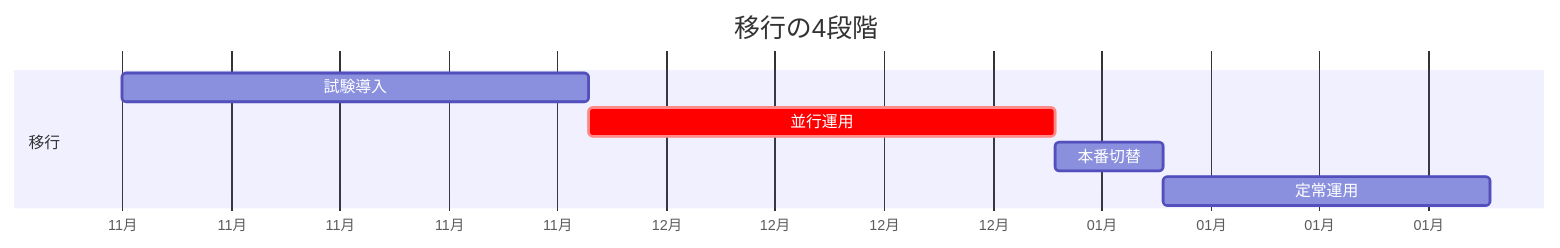
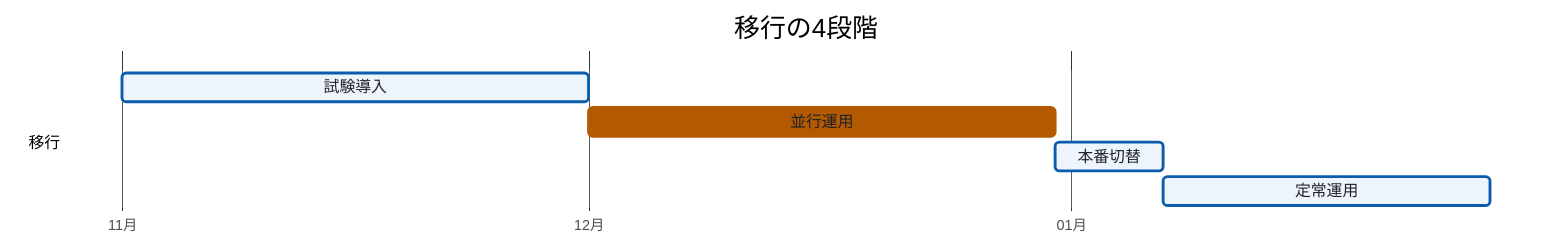
Before and after one commit to spin-glass/tool-slides: the fourth of 4 diagrams in decks/2026-10-01-invoice-ocr-confirm/design/operations.md, drawn with Mermaid. The commit also changed other lines of this file and 8 other files, not shown here.

First line of the commit message:
図の見た目をデッキにそろえる: Mermaid を PNG で描き、色と文字の1行（check_doc.py --mermaid-init）を図の先頭に置く

````diff
--- a/decks/2026-10-01-invoice-ocr-confirm/design/operations.md
+++ b/decks/2026-10-01-invoice-ocr-confirm/design/operations.md
@@ -145,11 +148,13 @@
 ```mermaid
+%%{init: {"theme": "base", "themeVariables": {"fontSize": "16px", "fontFamily": "Hiragino Sans, Noto Sans JP, sans-serif", "primaryColor": "#eef4fb", "primaryBorderColor": "#0b5cad", "primaryTextColor": "#1f2328", "lineColor": "#57606a", "edgeLabelBackground": "#ffffff", "taskBkgColor": "#eef4fb", "taskBorderColor": "#0b5cad", "taskTextColor": "#1f2328", "critBkgColor": "#b35900", "critBorderColor": "#b35900", "gridColor": "#d0d7de", "sectionBkgColor": "#ffffff"}}}%%
 gantt
   title 移行の4段階
   dateFormat YYYY-MM-DD
   axisFormat %m月
+  tickInterval 1month
   section 移行
   試験導入 :a1, 2026-11-01, 30d
   並行運用 :crit, a2, after a1, 30d
   本番切替 :a3, after a2, 7d
   定常運用 :a4, after a3, 21d
 ```
````
